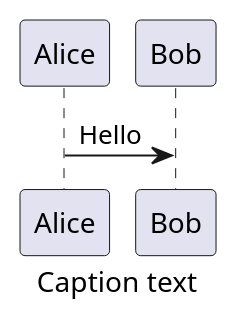
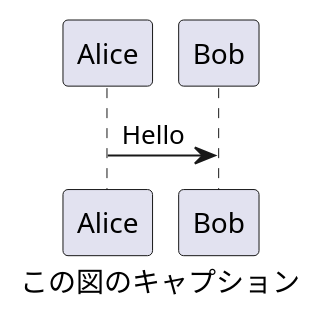
Before and after one commit to Hondarer/AI-prompts: the first of 2 diagrams in global/.claude/CLAUDE.md, drawn with PlantUML. The commit also changed other lines of this file and 3 other files, not shown here.

````diff
--- a/global/.claude/CLAUDE.md
+++ b/global/.claude/CLAUDE.md
@@ -132,6 +132,6 @@
 ```plantuml
-@startuml Caption text
-    caption Caption text
+@startuml この図のキャプション
+    caption この図のキャプション
     Alice->Bob : Hello
 @enduml
 ```
````
